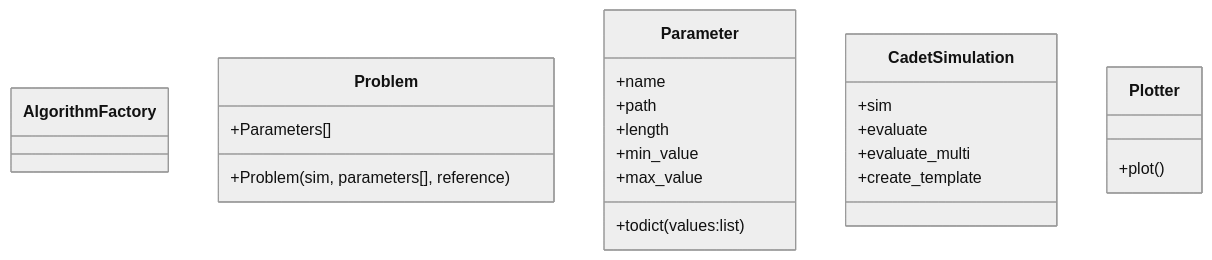
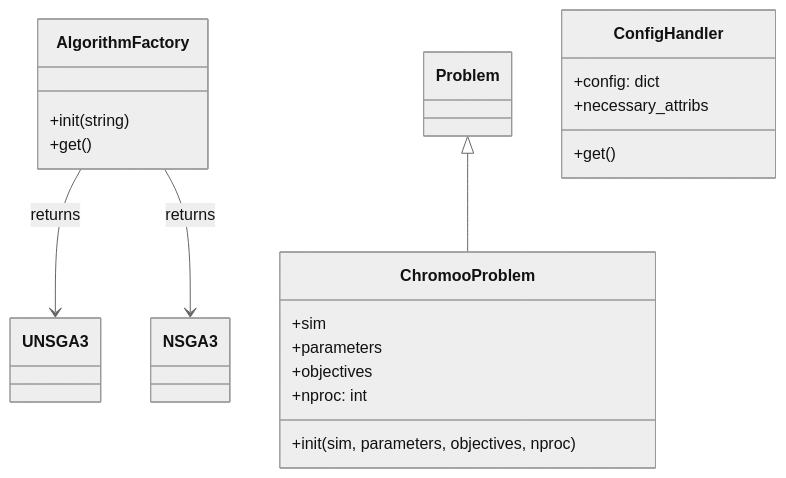
Before and after one commit to cadet/CadetHD-chromoo: the diagram in docs/doc.md, drawn with Mermaid (neutral theme). The commit also changed other lines of this file, not shown here.

````diff
--- a/docs/doc.md
+++ b/docs/doc.md
@@ -5,26 +14,28 @@
 ```{.mermaid format=pdf}
 classDiagram
     class AlgorithmFactory{
+        +init(string)
+        +get()
     }
     class Problem{
-        +Problem(sim, parameters[], reference)
-        +Parameters[]
     }
-    class Parameter{
-        +name
-        +path
-        +length
-        +min_value
-        +max_value
-        +todict(values:list)
+    class ChromooProblem{
+        +sim
+        +parameters
+        +objectives
+        +nproc: int
+        +init(sim, parameters, objectives, nproc)
     }
-    class CadetSimulation{
-        +sim
-        +evaluate
-        +evaluate_multi
-        +create_template
+    class UNSGA3{
     }
-    class Plotter{
-        +plot()
+    class NSGA3{
     }
+    class ConfigHandler{
+        +config: dict
+        +necessary_attribs 
+        +get()
+    }
+    Problem <|-- ChromooProblem
+    AlgorithmFactory --> UNSGA3 : returns
+    AlgorithmFactory --> NSGA3 : returns
 ```
````
